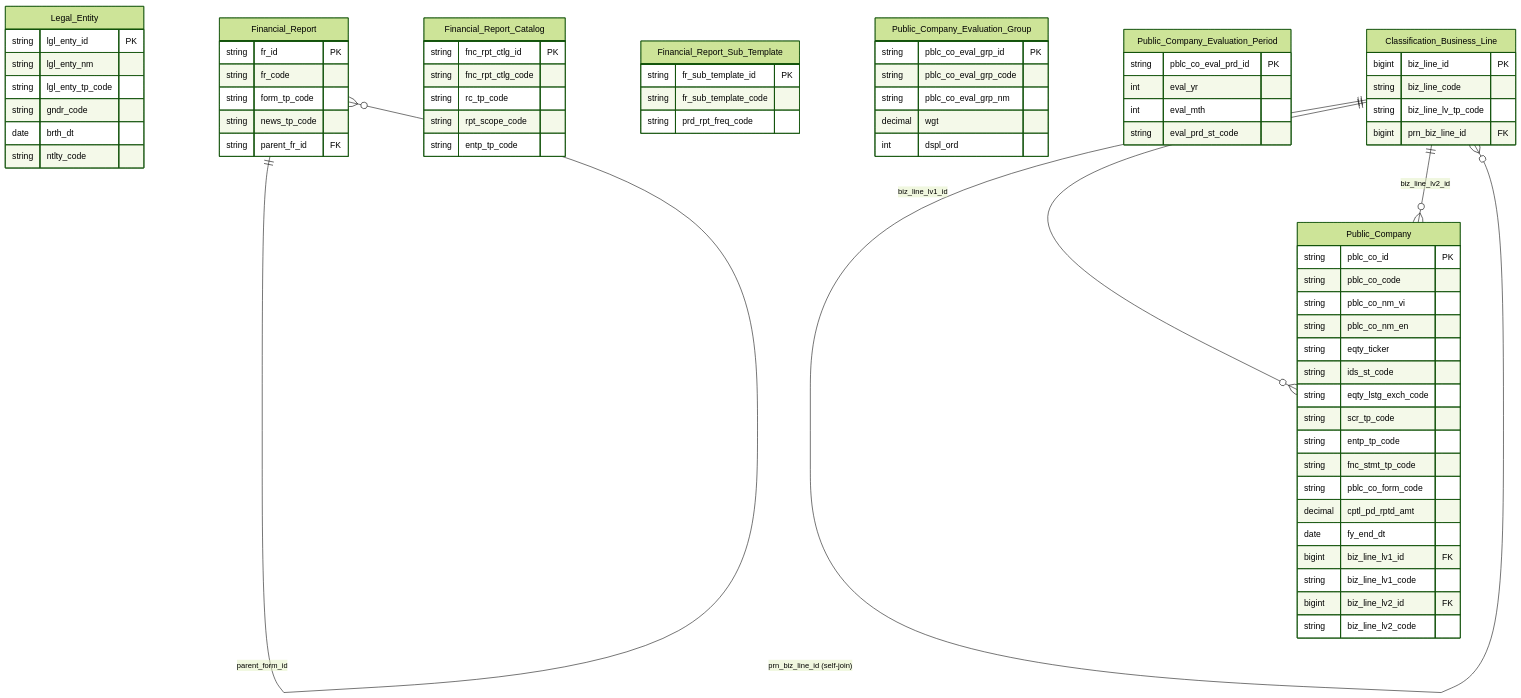
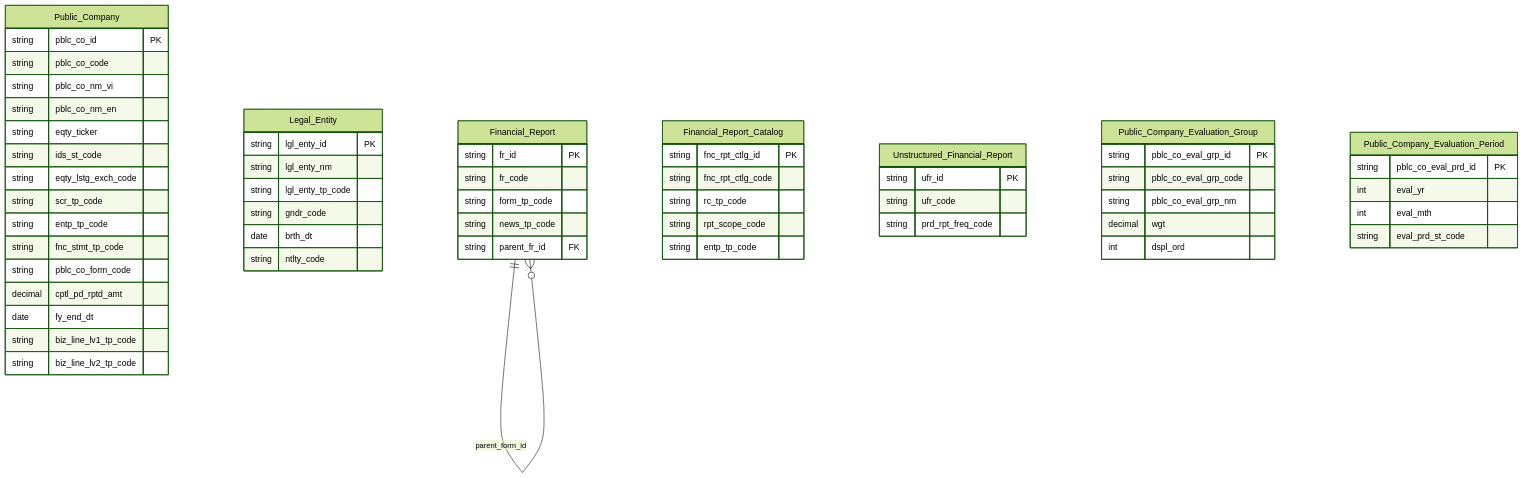
The second of 2 diagrams in DataModel/working/Atomic/hld/IDS_HLD_Tier1.md (linhlvit/ubck_atomic_design), drawn with Mermaid (forest theme) before and after one commit. The commit also changed other lines of this file and 351 other files, not shown here.

````diff
--- a/DataModel/working/Atomic/hld/IDS_HLD_Tier1.md
+++ b/DataModel/working/Atomic/hld/IDS_HLD_Tier1.md
@@ -115,81 +102,69 @@
 ```mermaid
 erDiagram
     Public_Company {
         string pblc_co_id PK
         string pblc_co_code
         string pblc_co_nm_vi
         string pblc_co_nm_en
         string eqty_ticker
         string ids_st_code
         string eqty_lstg_exch_code
         string scr_tp_code
         string entp_tp_code
         string fnc_stmt_tp_code
         string pblc_co_form_code
         decimal cptl_pd_rptd_amt
         date fy_end_dt
-        bigint biz_line_lv1_id FK
-        string biz_line_lv1_code
-        bigint biz_line_lv2_id FK
-        string biz_line_lv2_code
+        string biz_line_lv1_tp_code
+        string biz_line_lv2_tp_code
     }
 
     Legal_Entity {
         string lgl_enty_id PK
         string lgl_enty_nm
         string lgl_enty_tp_code
         string gndr_code
         date brth_dt
         string ntlty_code
     }
 
 
     Financial_Report {
         string fr_id PK
         string fr_code
         string form_tp_code
         string news_tp_code
         string parent_fr_id FK
     }
 
     Financial_Report_Catalog {
         string fnc_rpt_ctlg_id PK
         string fnc_rpt_ctlg_code
         string rc_tp_code
         string rpt_scope_code
         string entp_tp_code
     }
 
-    Financial_Report_Sub_Template {
-        string fr_sub_template_id PK
-        string fr_sub_template_code
+    Unstructured_Financial_Report {
+        string ufr_id PK
+        string ufr_code
         string prd_rpt_freq_code
     }
 
     Public_Company_Evaluation_Group {
         string pblc_co_eval_grp_id PK
         string pblc_co_eval_grp_code
         string pblc_co_eval_grp_nm
         decimal wgt
         int dspl_ord
     }
 
     Public_Company_Evaluation_Period {
         string pblc_co_eval_prd_id PK
         int eval_yr
         int eval_mth
         string eval_prd_st_code
     }
 
-    Classification_Business_Line {
-        bigint biz_line_id PK
-        string biz_line_code
-        string biz_line_lv_tp_code
-        bigint prn_biz_line_id FK
-    }
-
     Financial_Report ||--o{ Financial_Report : "parent_form_id"
-    Classification_Business_Line ||--o{ Classification_Business_Line : "prn_biz_line_id (self-join)"
-    Classification_Business_Line ||--o{ Public_Company : "biz_line_lv1_id"
-    Classification_Business_Line ||--o{ Public_Company : "biz_line_lv2_id"
 ```
````
